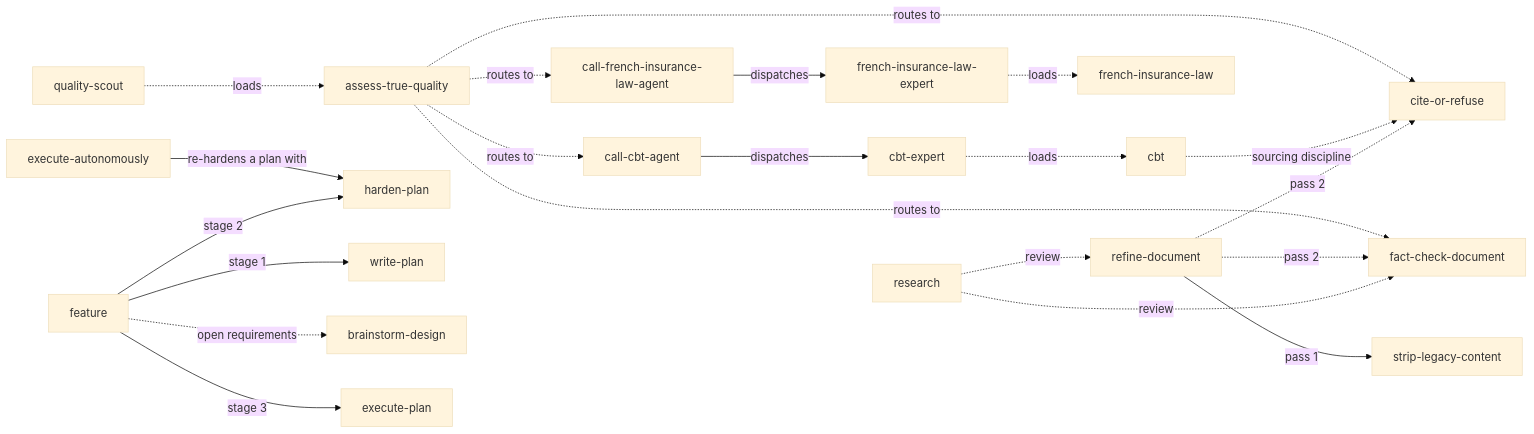
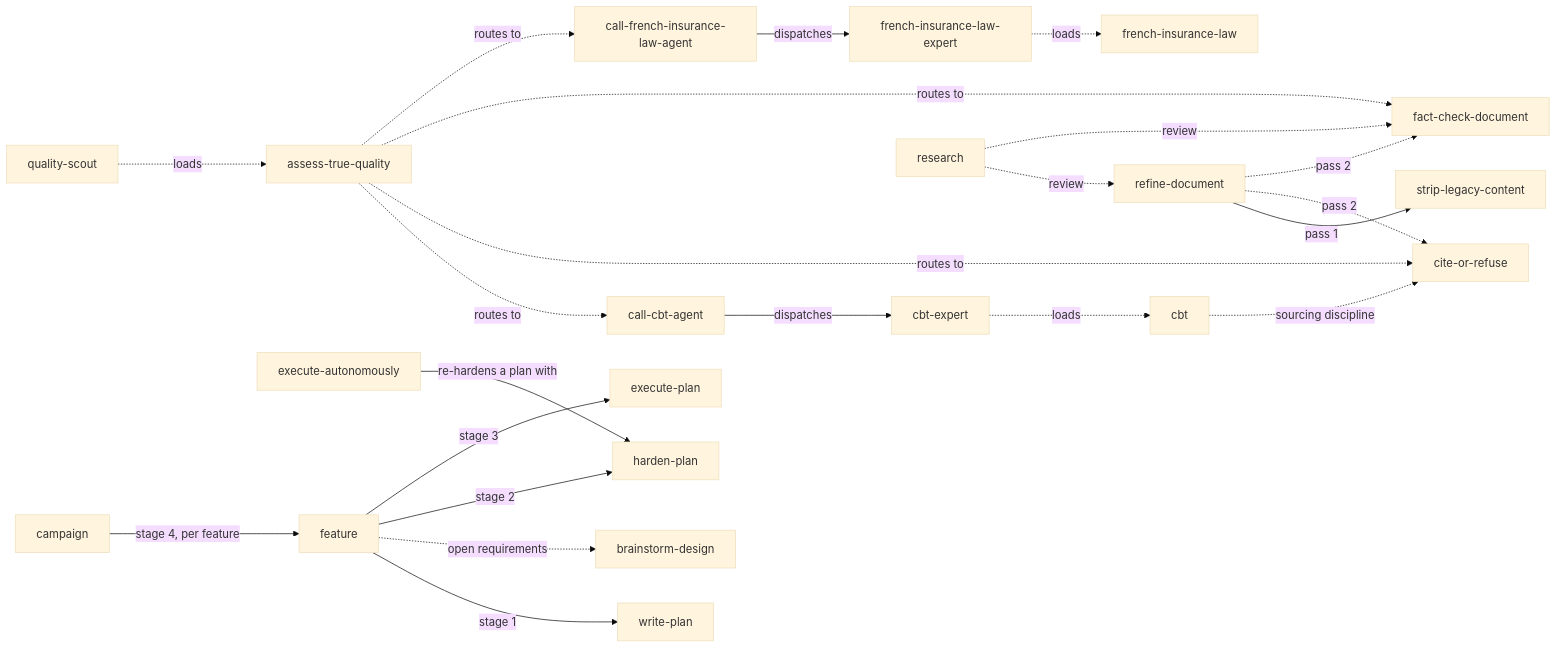
Before and after one commit to Ephasme/agent-skills: the diagram in dependencies.md, drawn with Mermaid (base theme). The commit also changed 1 other file, not shown here.

Commit message:
feat(campaign): add /campaign epic-to-merged-stack pipeline skill (#52)
* feat(campaign): add /campaign epic-to-stacked-PRs pipeline skill

- Brainstorm a vague request into an epic, plan features, review drafts with one sub-agent each.
- Implement features one at a time with /feature on a gh stack chain, re-planning between features.
- Close with an open-code-review pass over the whole stack; nothing merges.

* feat(campaign): merge the stack after the global review

- Add stage 6: sync, wait for green checks, atomic gh stack merge with the repo's method.
- Multi-repo stacks merge providers first; refused merges are reported, never bypassed.

````diff
--- a/dependencies.md
+++ b/dependencies.md
@@ -6,25 +6,26 @@
 ```mermaid
 flowchart LR
   cbt-expert -.->|loads| cbt
   french-insurance-law-expert -.->|loads| french-insurance-law
   quality-scout -.->|loads| assess-true-quality
   call-cbt-agent -->|dispatches| cbt-expert
   call-french-insurance-law-agent -->|dispatches| french-insurance-law-expert
 
   assess-true-quality -.->|routes to| call-cbt-agent
   assess-true-quality -.->|routes to| cite-or-refuse
   assess-true-quality -.->|routes to| fact-check-document
   assess-true-quality -.->|routes to| call-french-insurance-law-agent
   cbt -.->|sourcing discipline| cite-or-refuse
 
   refine-document -->|pass 1| strip-legacy-content
   refine-document -.->|pass 2| cite-or-refuse
   refine-document -.->|pass 2| fact-check-document
   research -.->|review| refine-document
   research -.->|review| fact-check-document
   execute-autonomously -->|re-hardens a plan with| harden-plan
   feature -->|stage 1| write-plan
   feature -.->|open requirements| brainstorm-design
   feature -->|stage 2| harden-plan
   feature -->|stage 3| execute-plan
+  campaign -->|stage 4, per feature| feature
 ```
````
